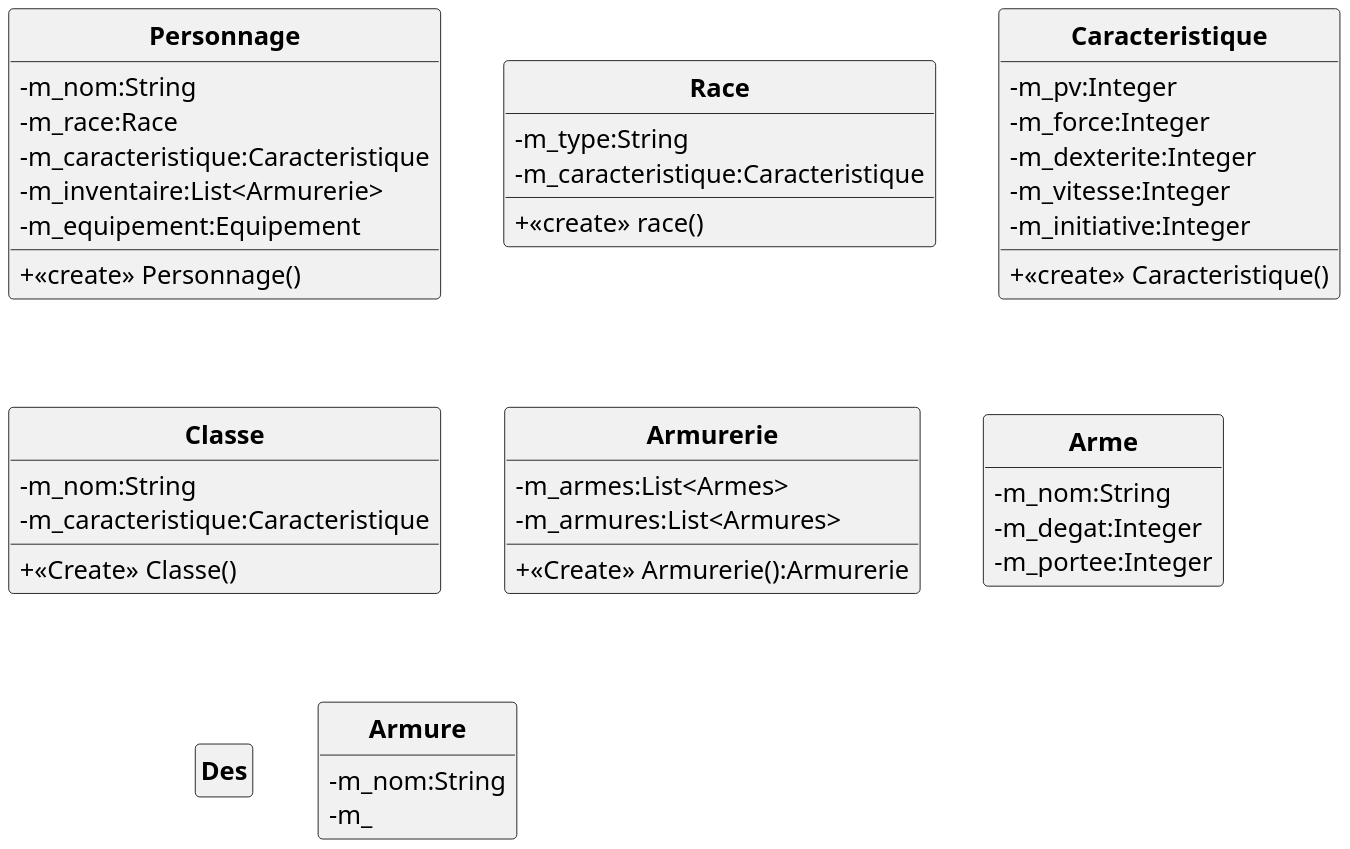
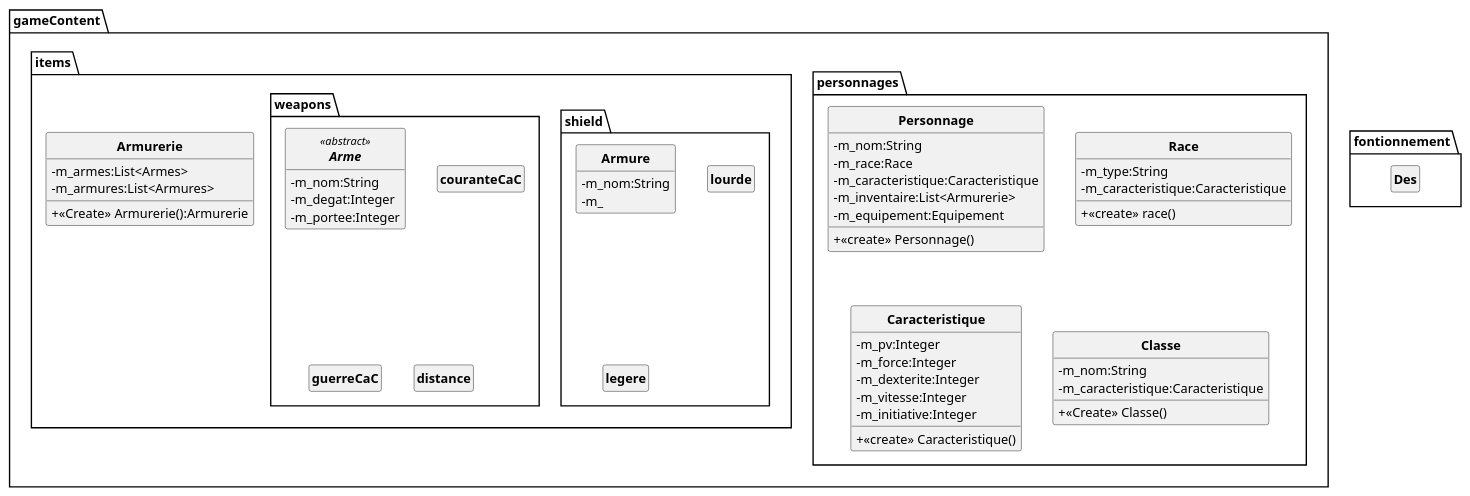
The diagram in uml/DoojonEtDragons.puml (pataatee/DOOnjons-et-Dragons), drawn with PlantUML before and after one commit.

Commit message:
Modification de l'UML

```diff
--- a/uml/DoojonEtDragons.puml
+++ b/uml/DoojonEtDragons.puml
@@ -1,61 +1,110 @@
 @startuml
 'https://plantuml.com/class-diagram
-scale 2
+scale 1
 
 skinparam classAttributeIconSize 0
 skinparam classFontStyle Bold
 skinparam style strictuml
 hide empty members
 
-class Personnage {
-    +<<create>> Personnage()
-    -m_nom:String
-    -m_race:Race
-    -m_caracteristique:Caracteristique
-    -m_inventaire:List<Armurerie>
-    -m_equipement:Equipement
+package gameContent
+{
+    package personnages
+    {
+        class Personnage {
+            +<<create>> Personnage()
+            -m_nom:String
+            -m_race:Race
+            -m_caracteristique:Caracteristique
+            -m_inventaire:List<Armurerie>
+            -m_equipement:Equipement
+        }
+
+        class Race {
+            +<<create>> race()
+            -m_type:String
+            -m_caracteristique:Caracteristique
+        }
+
+        class Caracteristique {
+            +<<create>> Caracteristique()
+            -m_pv:Integer
+            -m_force:Integer
+            -m_dexterite:Integer
+            -m_vitesse:Integer
+            -m_initiative:Integer
+        }
+
+        class Classe {
+            +<<Create>> Classe()
+            -m_nom:String
+            -m_caracteristique:Caracteristique
+        }
+
+
+    }
+
+    package items
+    {
+
+        class Armurerie {
+            +<<Create>> Armurerie():Armurerie
+            -m_armes:List<Armes>
+            -m_armures:List<Armures>
+        }
+
+        package shield {
+
+            class Armure {
+                -m_nom:String
+                -m_
+            }
+
+            class lourde {
+
+            }
+
+            class legere {
+
+            }
+
+        }
+
+        package weapons {
+
+            abstract class Arme <<abstract>> {
+                -m_nom:String
+                -m_degat:Integer
+                -m_portee:Integer
+            }
+
+            class couranteCaC {
+
+            }
+
+            class guerreCaC {
+
+            }
+
+            class distance {
+
+            }
+
+        }
+
+
+
+
+
+
+    }
 }
 
-class Race {
-    +<<create>> race()
-    -m_type:String
-    -m_caracteristique:Caracteristique
-}
+package fontionnement {
 
-class Caracteristique {
-    +<<create>> Caracteristique()
-    -m_pv:Integer
-    -m_force:Integer
-    -m_dexterite:Integer
-    -m_vitesse:Integer
-    -m_initiative:Integer
-}
+    class Des {
 
-class Classe {
-    +<<Create>> Classe()
-    -m_nom:String
-    -m_caracteristique:Caracteristique
-}
-
-class Armurerie {
-    +<<Create>> Armurerie():Armurerie
-    -m_armes:List<Armes>
-    -m_armures:List<Armures>
-}
-
-class Arme {
-    -m_nom:String
-    -m_degat:Integer
-    -m_portee:Integer
-}
-
-class Des {
+    }
 
 }
-
-class Armure {
-    -m_nom:String
-    -m_
-}
-
 @enduml
```
